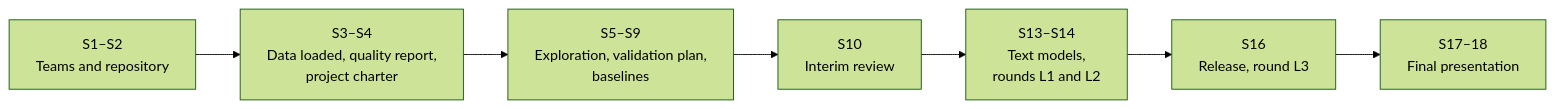
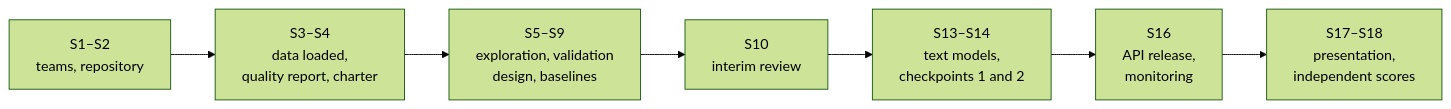
Before and after one commit to khoadaniel/statistical-programming-mpmd-htw-ws-2026: the third of 3 diagrams in sessions/17-18-final-presentations/final-project.md, drawn with Mermaid (forest theme). The commit also changed other lines of this file and 143 other files, not shown here.

````diff
--- a/sessions/17-18-final-presentations/final-project.md
+++ b/sessions/17-18-final-presentations/final-project.md
@@ -24,9 +212,9 @@
 ```mermaid
 flowchart LR
-  A["S1–S2<br/>Teams and repository"] --> B["S3–S4<br/>Data loaded, quality report,<br/>project charter"]
-  B --> C["S5–S9<br/>Exploration, validation plan,<br/>baselines"]
-  C --> D["S10<br/>Interim review"]
-  D --> E["S13–S14<br/>Text models,<br/>rounds L1 and L2"]
-  E --> F["S16<br/>Release, round L3"]
-  F --> G["S17–18<br/>Final presentation"]
+  A["S1–S2<br/>teams, repository"] --> B["S3–S4<br/>data loaded,<br/>quality report, charter"]
+  B --> C["S5–S9<br/>exploration, validation<br/>design, baselines"]
+  C --> D["S10<br/>interim review"]
+  D --> E["S13–S14<br/>text models,<br/>checkpoints 1 and 2"]
+  E --> F["S16<br/>API release,<br/>monitoring"]
+  F --> G["S17–S18<br/>presentation,<br/>independent scores"]
 ```
````
